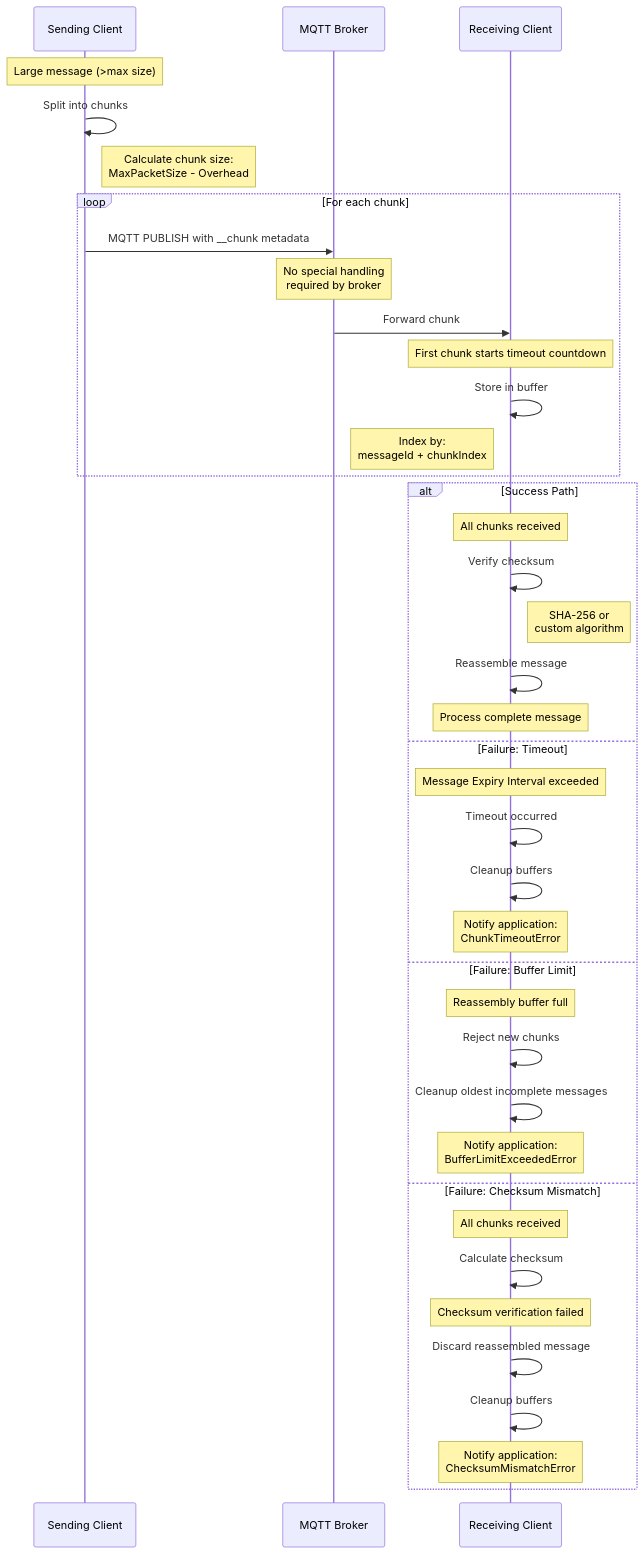
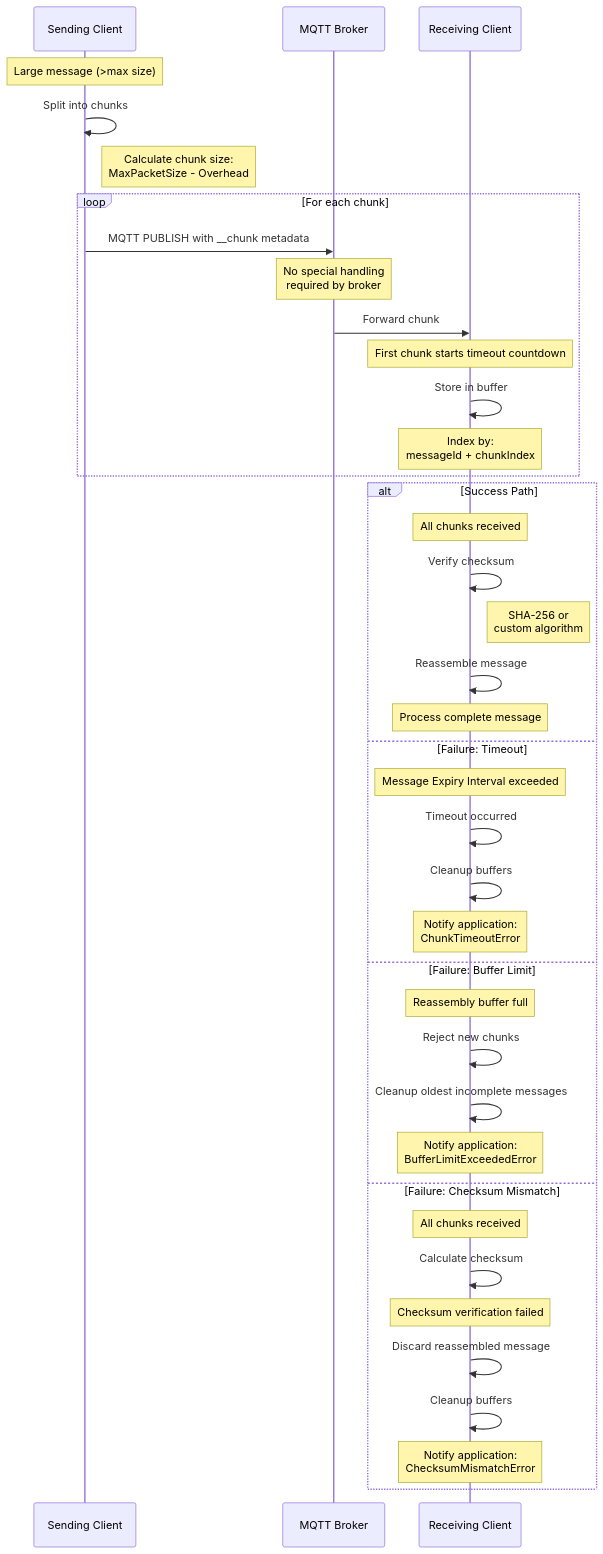
One commit to Azure/iot-operations-sdks changed the diagram in doc/dev/adr/0020-large-message-chunking.md. Above: the diagram before and after it, drawn with Mermaid.

````diff
--- a/doc/dev/adr/0020-large-message-chunking.md
+++ b/doc/dev/adr/0020-large-message-chunking.md
@@ -99,44 +99,44 @@
 ```mermaid
 sequenceDiagram
     participant Sender as Sending Client
     participant Broker as MQTT Broker
     participant Receiver as Receiving Client
 
     Note over Sender: Large message (>max size)
     Sender->>Sender: Split into chunks
     Note right of Sender: Calculate chunk size:<br/>MaxPacketSize - Overhead
 
     loop For each chunk
         Sender->>Broker: MQTT PUBLISH with __chunk metadata
         Note over Broker: No special handling<br/>required by broker
         Broker->>Receiver: Forward chunk
         Note over Receiver: First chunk starts timeout countdown
         Receiver->>Receiver: Store in buffer
-        Note left of Receiver: Index by:<br/>messageId + chunkIndex
+        Note over Receiver: Index by:<br/>messageId + chunkIndex
     end
 
     alt Success Path
         Note over Receiver: All chunks received
         Receiver->>Receiver: Verify checksum
         Note right of Receiver: SHA-256 or<br/>custom algorithm
         Receiver->>Receiver: Reassemble message
         Note over Receiver: Process complete message
     else Failure: Timeout
         Note over Receiver: Message Expiry Interval exceeded
         Receiver->>Receiver: Timeout occurred
         Receiver->>Receiver: Cleanup buffers
         Note over Receiver: Notify application:<br/>ChunkTimeoutError
     else Failure: Buffer Limit
         Note over Receiver: Reassembly buffer full
         Receiver->>Receiver: Reject new chunks
         Receiver->>Receiver: Cleanup oldest incomplete messages
         Note over Receiver: Notify application:<br/>BufferLimitExceededError
     else Failure: Checksum Mismatch
         Note over Receiver: All chunks received
         Receiver->>Receiver: Calculate checksum
         Note over Receiver: Checksum verification failed
         Receiver->>Receiver: Discard reassembled message
         Receiver->>Receiver: Cleanup buffers
         Note over Receiver: Notify application:<br/>ChecksumMismatchError
     end
 ```
````
